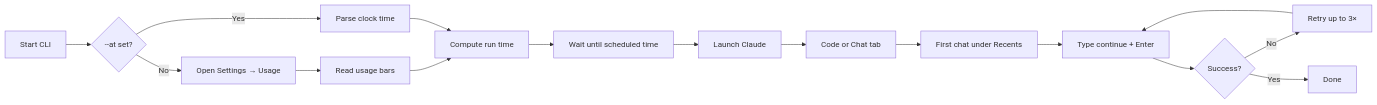
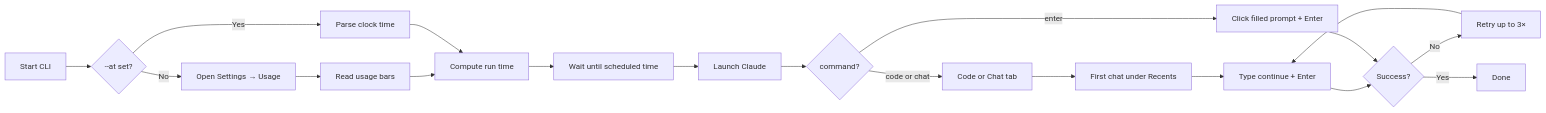
The diagram in README.md (hamza-siddiq/claude-continue), drawn with Mermaid before and after one commit. The commit also changed other lines of this file and 7 other files, not shown here.

First line of the commit message:
feat: add enter-only mode for pre-filled prompts

````diff
--- a/README.md
+++ b/README.md
@@ -34,18 +35,21 @@
 ```mermaid
 flowchart LR
   A[Start CLI] --> B{--at set?}
   B -->|No| C[Open Settings → Usage]
   B -->|Yes| D[Parse clock time]
   C --> E[Read usage bars]
   E --> F[Compute run time]
   D --> F
   F --> G[Wait until scheduled time]
   G --> H[Launch Claude]
-  H --> I[Code or Chat tab]
-  I --> J[First chat under Recents]
-  J --> K["Type continue + Enter"]
-  K --> L{Success?}
-  L -->|No| M[Retry up to 3×]
-  L -->|Yes| N[Done]
-  M --> K
+  H --> I{command?}
+  I -->|code or chat| J[Code or Chat tab]
+  J --> K[First chat under Recents]
+  K --> L["Type continue + Enter"]
+  I -->|enter| M[Click filled prompt + Enter]
+  L --> N{Success?}
+  M --> N
+  N -->|No| O[Retry up to 3×]
+  N -->|Yes| P[Done]
+  O --> L
 ```
````
